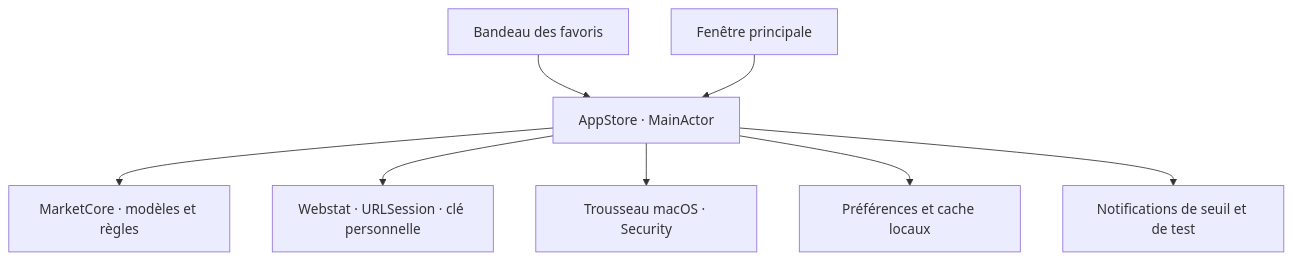
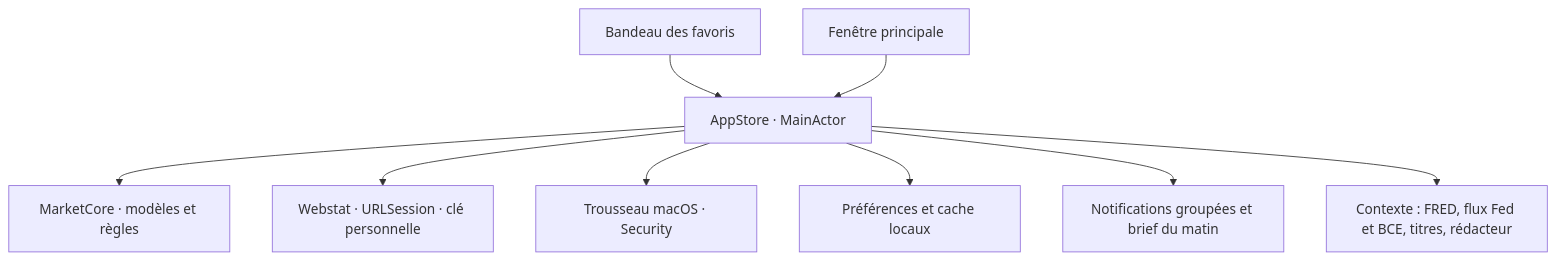
The diagram in docs/ARCHITECTURE.md (antoineberjoan/sema), drawn with Mermaid before and after one commit. The commit also changed other lines of this file and 151 other files, not shown here.

````diff
--- a/docs/ARCHITECTURE.md
+++ b/docs/ARCHITECTURE.md
@@ -7,10 +7,11 @@
 ```mermaid
 flowchart TB
     Menu["Bandeau des favoris"] --> Store["AppStore · MainActor"]
     Window["Fenêtre principale"] --> Store
     Store --> Core["MarketCore · modèles et règles"]
     Store --> Webstat["Webstat · URLSession · clé personnelle"]
     Store --> Keychain["Trousseau macOS · Security"]
     Store --> Local["Préférences et cache locaux"]
-    Store --> Notification["Notifications de seuil et de test"]
+    Store --> Notification["Notifications groupées et brief du matin"]
+    Store --> Context["Contexte : FRED, flux Fed et BCE, titres, rédacteur"]
 ```
````
